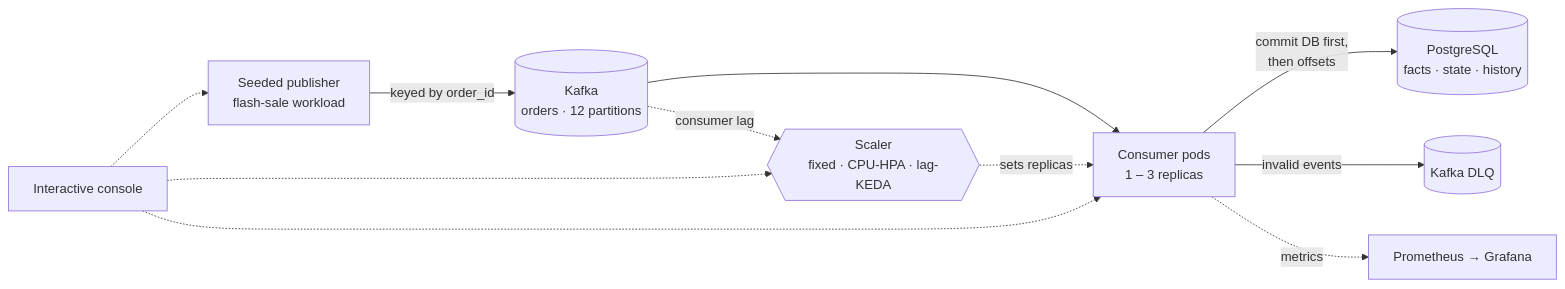
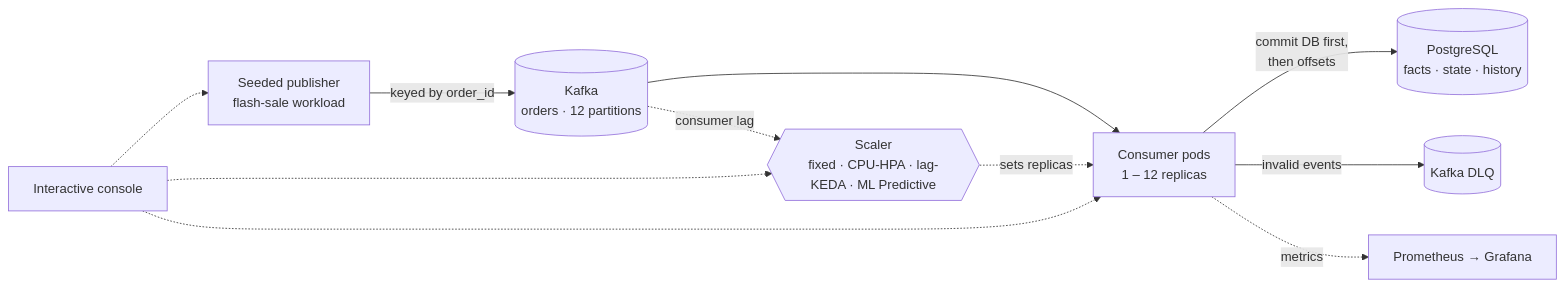
The diagram in README.md (1amKhush/StreamScale), drawn with Mermaid before and after one commit. The commit also changed other lines of this file and 7 other files, not shown here.

````diff
--- a/README.md
+++ b/README.md
@@ -147,11 +147,11 @@
 ```mermaid
 flowchart LR
     P["Seeded publisher<br/>flash-sale workload"] -->|"keyed by order_id"| K[("Kafka<br/>orders · 12 partitions")]
-    K --> C["Consumer pods<br/>1 – 3 replicas"]
+    K --> C["Consumer pods<br/>1 – 12 replicas"]
     C -->|"commit DB first,<br/>then offsets"| DB[("PostgreSQL<br/>facts · state · history")]
     C -->|"invalid events"| DLQ[("Kafka DLQ")]
-    S{{"Scaler<br/>fixed · CPU-HPA · lag-KEDA"}} -.->|"sets replicas"| C
+    S{{"Scaler<br/>fixed · CPU-HPA · lag-KEDA · ML Predictive"}} -.->|"sets replicas"| C
     K -.->|"consumer lag"| S
     C -.->|"metrics"| M["Prometheus → Grafana"]
     UI["Interactive console"] -.-> P & S & C
 ```
````
